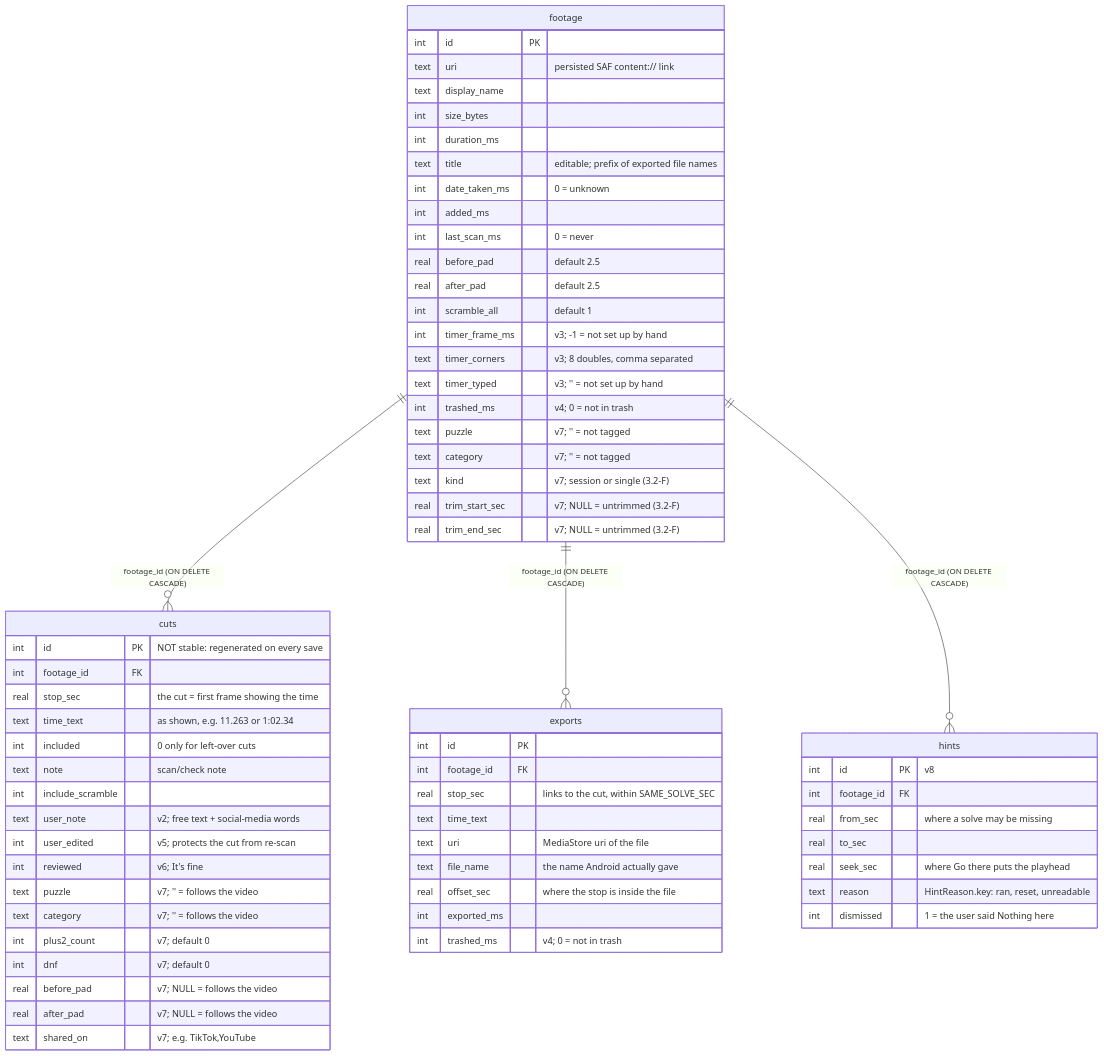
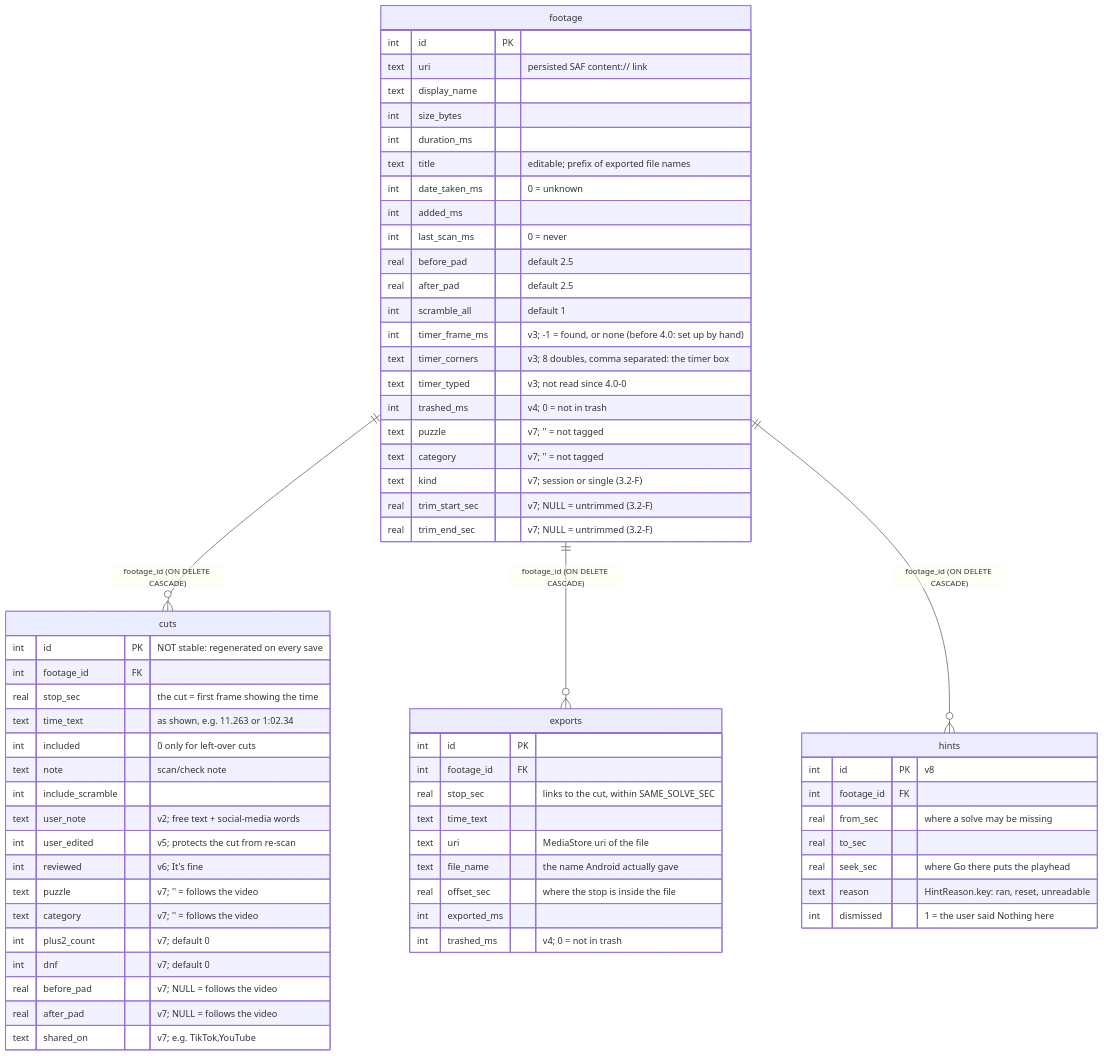
One commit to justinihil/CubeCut changed the diagram in docs/data-model.md. Above: the diagram before and after it, drawn with Mermaid. The commit also changed other lines of this file and 38 other files, not shown here.

First line of the commit message:
feat(editor)!: remove the timer setup by hand and OpenCV (4.0-0)

````diff
--- a/docs/data-model.md
+++ b/docs/data-model.md
@@ -19,68 +19,68 @@
 ```mermaid
 erDiagram
   footage ||--o{ cuts : "footage_id (ON DELETE CASCADE)"
   footage ||--o{ exports : "footage_id (ON DELETE CASCADE)"
   footage ||--o{ hints : "footage_id (ON DELETE CASCADE)"
   footage {
     int id PK
     text uri "persisted SAF content:// link"
     text display_name
     int size_bytes
     int duration_ms
     text title "editable; prefix of exported file names"
     int date_taken_ms "0 = unknown"
     int added_ms
     int last_scan_ms "0 = never"
     real before_pad "default 2.5"
     real after_pad "default 2.5"
     int scramble_all "default 1"
-    int timer_frame_ms "v3; -1 = not set up by hand"
-    text timer_corners "v3; 8 doubles, comma separated"
-    text timer_typed "v3; '' = not set up by hand"
+    int timer_frame_ms "v3; -1 = found, or none (before 4.0: set up by hand)"
+    text timer_corners "v3; 8 doubles, comma separated: the timer box"
+    text timer_typed "v3; not read since 4.0-0"
     int trashed_ms "v4; 0 = not in trash"
     text puzzle "v7; '' = not tagged"
     text category "v7; '' = not tagged"
     text kind "v7; session or single (3.2-F)"
     real trim_start_sec "v7; NULL = untrimmed (3.2-F)"
     real trim_end_sec "v7; NULL = untrimmed (3.2-F)"
   }
   cuts {
     int id PK "NOT stable: regenerated on every save"
     int footage_id FK
     real stop_sec "the cut = first frame showing the time"
     text time_text "as shown, e.g. 11.263 or 1:02.34"
     int included "0 only for left-over cuts"
     text note "scan/check note"
     int include_scramble
     text user_note "v2; free text + social-media words"
     int user_edited "v5; protects the cut from re-scan"
     int reviewed "v6; It's fine"
     text puzzle "v7; '' = follows the video"
     text category "v7; '' = follows the video"
     int plus2_count "v7; default 0"
     int dnf "v7; default 0"
     real before_pad "v7; NULL = follows the video"
     real after_pad "v7; NULL = follows the video"
     text shared_on "v7; e.g. TikTok,YouTube"
   }
   exports {
     int id PK
     int footage_id FK
     real stop_sec "links to the cut, within SAME_SOLVE_SEC"
     text time_text
     text uri "MediaStore uri of the file"
     text file_name "the name Android actually gave"
     real offset_sec "where the stop is inside the file"
     int exported_ms
     int trashed_ms "v4; 0 = not in trash"
   }
   hints {
     int id PK "v8"
     int footage_id FK
     real from_sec "where a solve may be missing"
     real to_sec
     real seek_sec "where Go there puts the playhead"
     text reason "HintReason.key: ran, reset, unreadable"
     int dismissed "1 = the user said Nothing here"
   }
 ```
````
